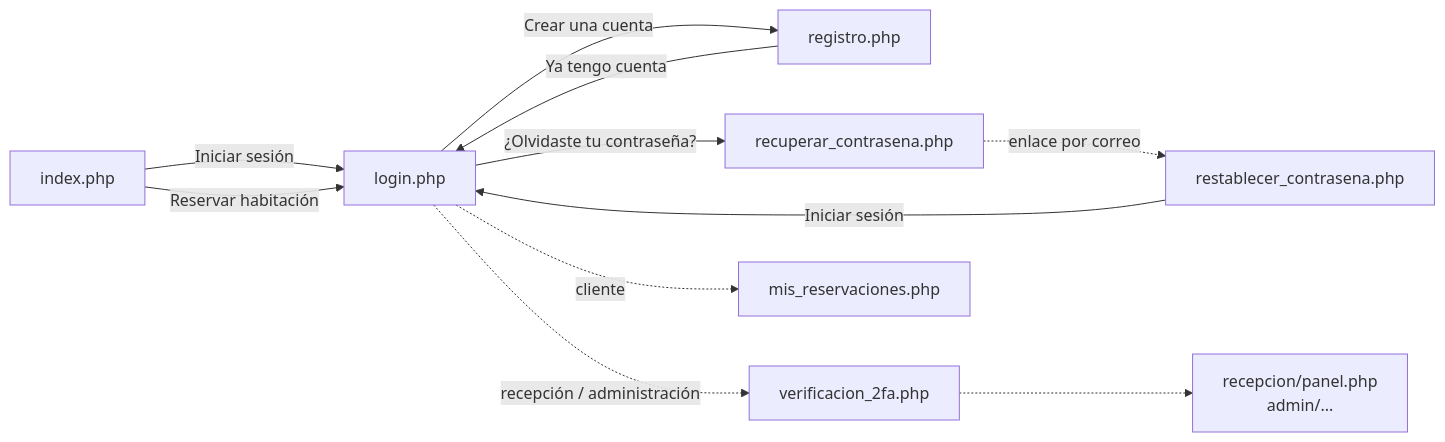
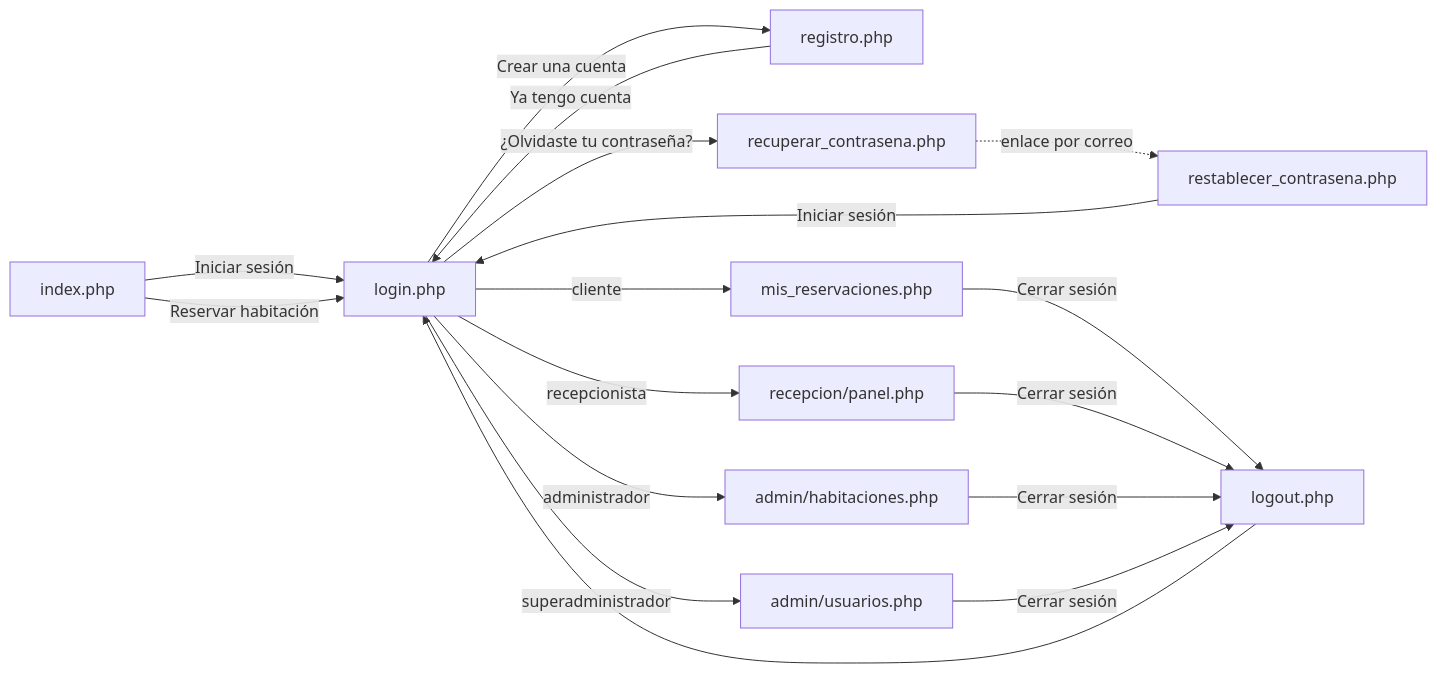
Before and after one commit to Omar-art32/hotel: the fourth of 7 diagrams in docs/documentacion.md, drawn with Mermaid. The commit also changed other lines of this file and 24 other files, not shown here.

````diff
--- a/docs/documentacion.md
+++ b/docs/documentacion.md
@@ -149,13 +152,15 @@
 ```mermaid
 flowchart LR
     IDX[index.php] -->|Iniciar sesión| LOG[login.php]
     IDX -->|Reservar habitación| LOG
     LOG -->|Crear una cuenta| REG[registro.php]
     REG -->|Ya tengo cuenta| LOG
     LOG -->|¿Olvidaste tu contraseña?| REC[recuperar_contrasena.php]
     REC -.->|enlace por correo| RES[restablecer_contrasena.php]
     RES -->|Iniciar sesión| LOG
-    LOG -.->|recepción / administración| V2[verificacion_2fa.php]
-    LOG -.->|cliente| MIS[mis_reservaciones.php]
-    V2 -.-> PAN[recepcion/panel.php<br>admin/...]
+    LOG -->|cliente| MIS[mis_reservaciones.php]
+    LOG -->|recepcionista| PAN[recepcion/panel.php]
+    LOG -->|administrador| AH[admin/habitaciones.php]
+    LOG -->|superadministrador| AU[admin/usuarios.php]
+    MIS & PAN & AH & AU -->|Cerrar sesión| OUT[logout.php] --> LOG
 ```
````
